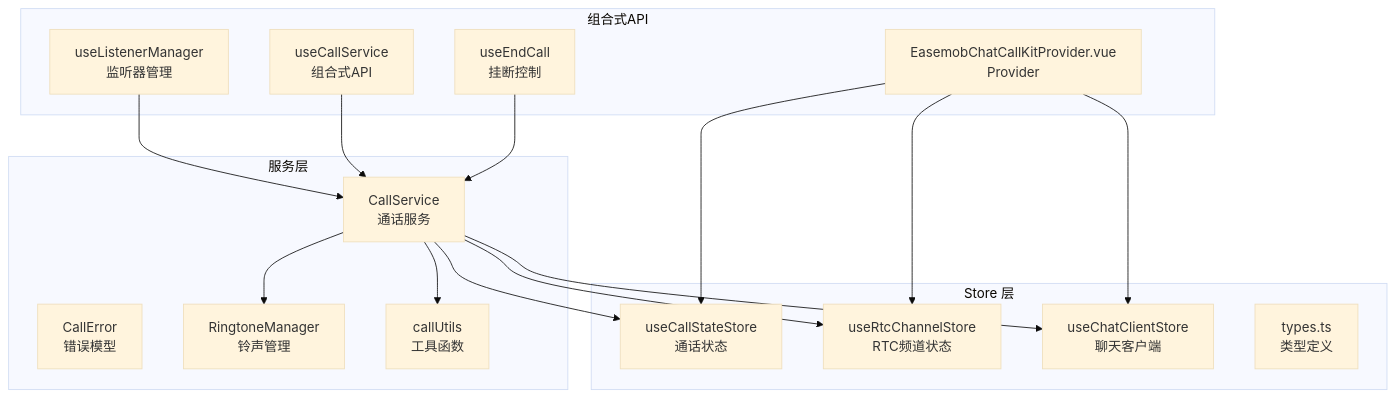
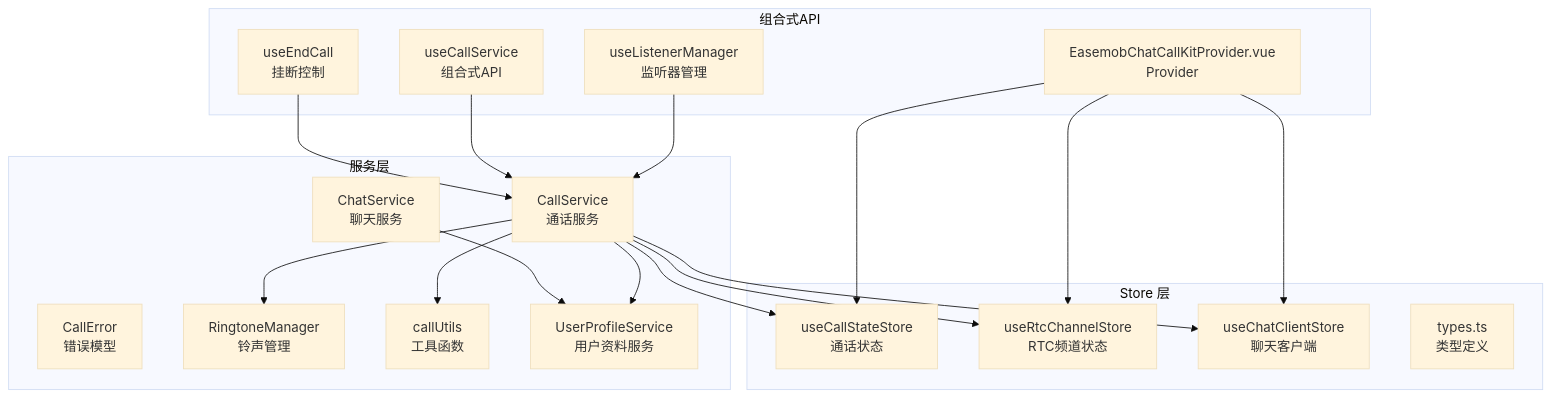
The first of 9 diagrams in .qoder/repowiki/zh/content/服务层/通话服务 (CallService).md (Easemob-Community/easemob-uikit-callkit-vue3), drawn with Mermaid (base theme) before and after one commit. The commit also changed other lines of this file and 15 other files, not shown here.

````diff
--- a/.qoder/repowiki/zh/content/服务层/通话服务 (CallService).md
+++ b/.qoder/repowiki/zh/content/服务层/通话服务 (CallService).md
@@ -43,32 +48,36 @@
 ```mermaid
 graph TB
 subgraph "服务层"
 CS["CallService<br/>通话服务"]
 CE["CallError<br/>错误模型"]
 RM["RingtoneManager<br/>铃声管理"]
 CU["callUtils<br/>工具函数"]
+UPS["UserProfileService<br/>用户资料服务"]
+CS2["ChatService<br/>聊天服务"]
 end
 subgraph "Store 层"
 CSS["useCallStateStore<br/>通话状态"]
 RCS["useRtcChannelStore<br/>RTC频道状态"]
 CCS["useChatClientStore<br/>聊天客户端"]
 T["types.ts<br/>类型定义"]
 end
 subgraph "组合式API"
 ULM["useListenerManager<br/>监听器管理"]
 UCS["useCallService<br/>组合式API"]
 UEC["useEndCall<br/>挂断控制"]
 ECP["EasemobChatCallKitProvider.vue<br/>Provider"]
 end
 CS --> RM
 CS --> CU
 CS --> CSS
 CS --> RCS
 CS --> CCS
+CS --> UPS
+CS2 --> UPS
 ULM --> CS
 UCS --> CS
 UEC --> CS
 ECP --> CSS
 ECP --> RCS
 ECP --> CCS
 ```
````
